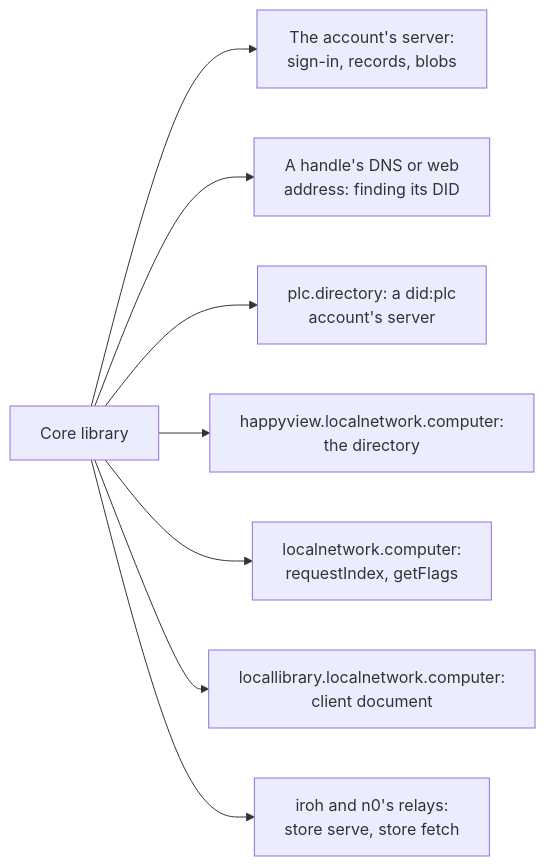
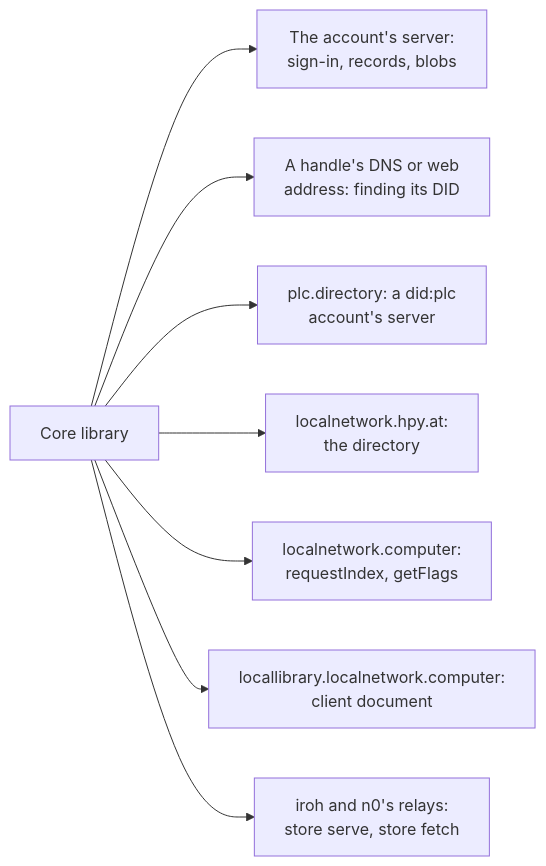
One commit to cutenode/localnetwork changed the sixth of 8 diagrams in apps/locallibrary/docs/diagrams/publishing-and-services.md. Above: the diagram before and after it, drawn with Mermaid. The commit also changed 94 other files, not shown here.

First line of the commit message:
feat(web): move the directory to the hosted HappyView 3 at localnetwork.hpy.at

````diff
--- a/apps/locallibrary/docs/diagrams/publishing-and-services.md
+++ b/apps/locallibrary/docs/diagrams/publishing-and-services.md
@@ -129,10 +129,10 @@
 ```mermaid
 flowchart LR
     core["Core library"] --> pds["The account's server:<br/>sign-in, records, blobs"]
     core --> handle["A handle's DNS or web<br/>address: finding its DID"]
     core --> plc["plc.directory: a did:plc<br/>account's server"]
-    core --> happyview["happyview.localnetwork.computer:<br/>the directory"]
+    core --> happyview["localnetwork.hpy.at:<br/>the directory"]
     core --> website["localnetwork.computer:<br/>requestIndex, getFlags"]
     core --> client["locallibrary.localnetwork.computer:<br/>client document"]
     core --> iroh["iroh and n0's relays:<br/>store serve, store fetch"]
 ```
````
